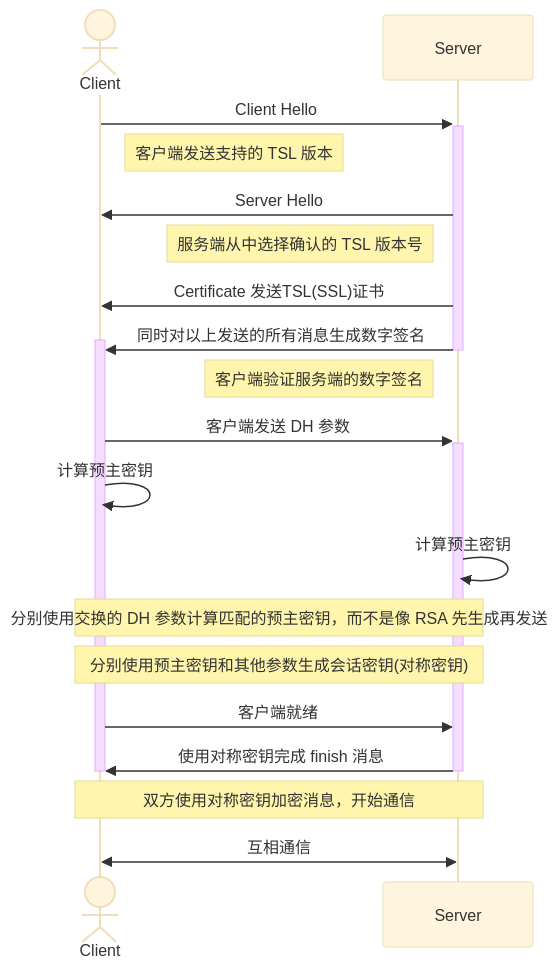
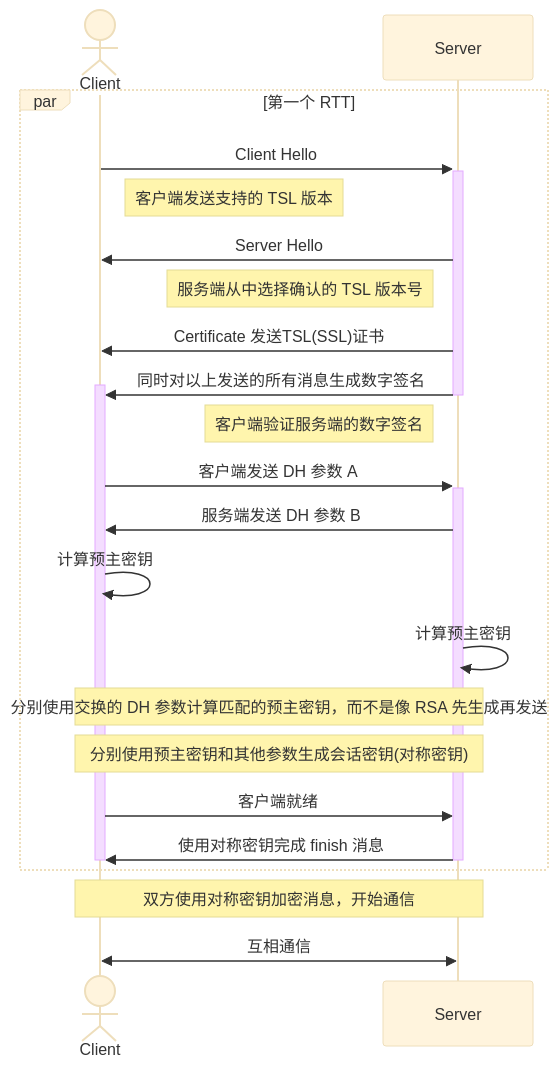
Before and after one commit to kyriejoshua/network-protocol-notes: the fifth of 5 diagrams in lib/底层网络知识之应用层/HTTPS/index.md, drawn with Mermaid (base theme). The commit also changed other lines of this file and 1 other file, not shown here.

````diff
--- a/lib/底层网络知识之应用层/HTTPS/index.md
+++ b/lib/底层网络知识之应用层/HTTPS/index.md
@@ -502,22 +532,25 @@
 ```mermaid
 sequenceDiagram
 actor Client
+par 第一个 RTT
 Client ->> +Server: Client Hello
 note right of Client: 客户端发送支持的 TSL 版本
 Server ->> Client: Server Hello
 note left of Server: 服务端从中选择确认的 TSL 版本号
 Server ->> Client: Certificate 发送TSL(SSL)证书
 Server ->> +Client: 同时对以上发送的所有消息生成数字签名
 deactivate Server
 note left of Server: 客户端验证服务端的数字签名
-Client ->> +Server: 客户端发送 DH 参数
+Client ->> +Server: 客户端发送 DH 参数 A
+Server ->> Client: 服务端发送 DH 参数 B
 Client ->> Client: 计算预主密钥
 Server ->> Server: 计算预主密钥
 note over Client,Server: 分别使用交换的 DH 参数计算匹配的预主密钥，而不是像 RSA 先生成再发送
 note over Client,Server: 分别使用预主密钥和其他参数生成会话密钥(对称密钥)
 Client ->> Server: 客户端就绪
 Server ->> -Client: 使用对称密钥完成 finish 消息
 deactivate Client
+end
 note over Client, Server: 双方使用对称密钥加密消息，开始通信
 Server <<->> Client: 互相通信
 ```
````
